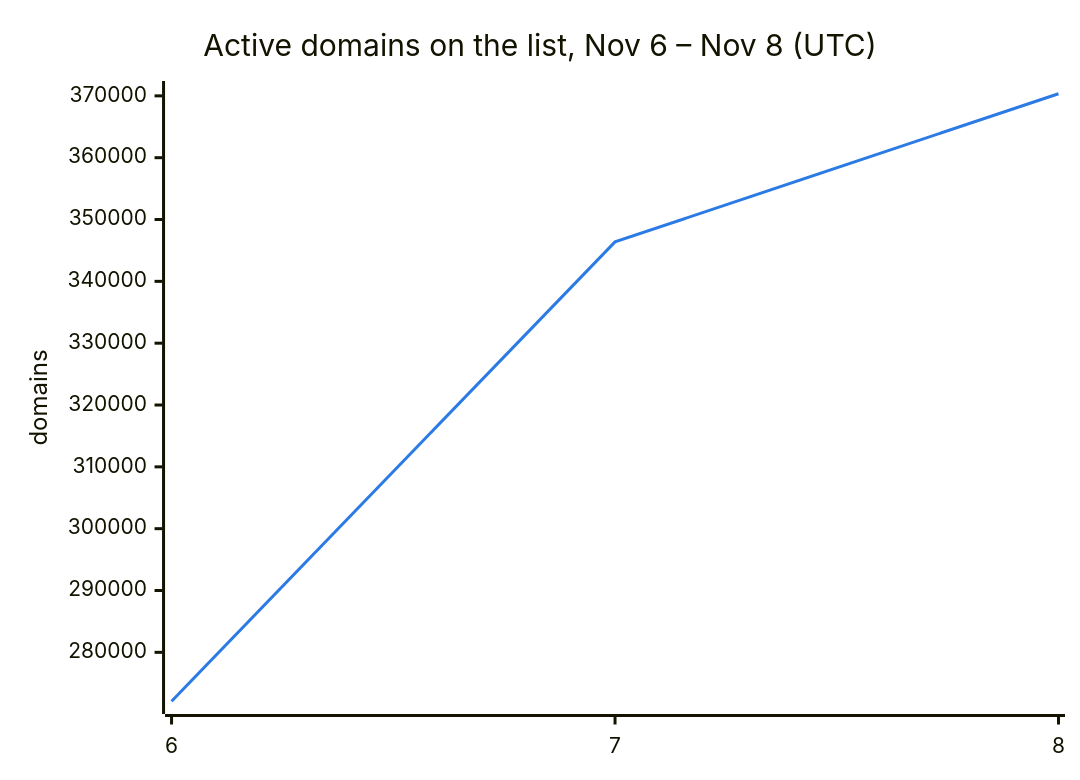
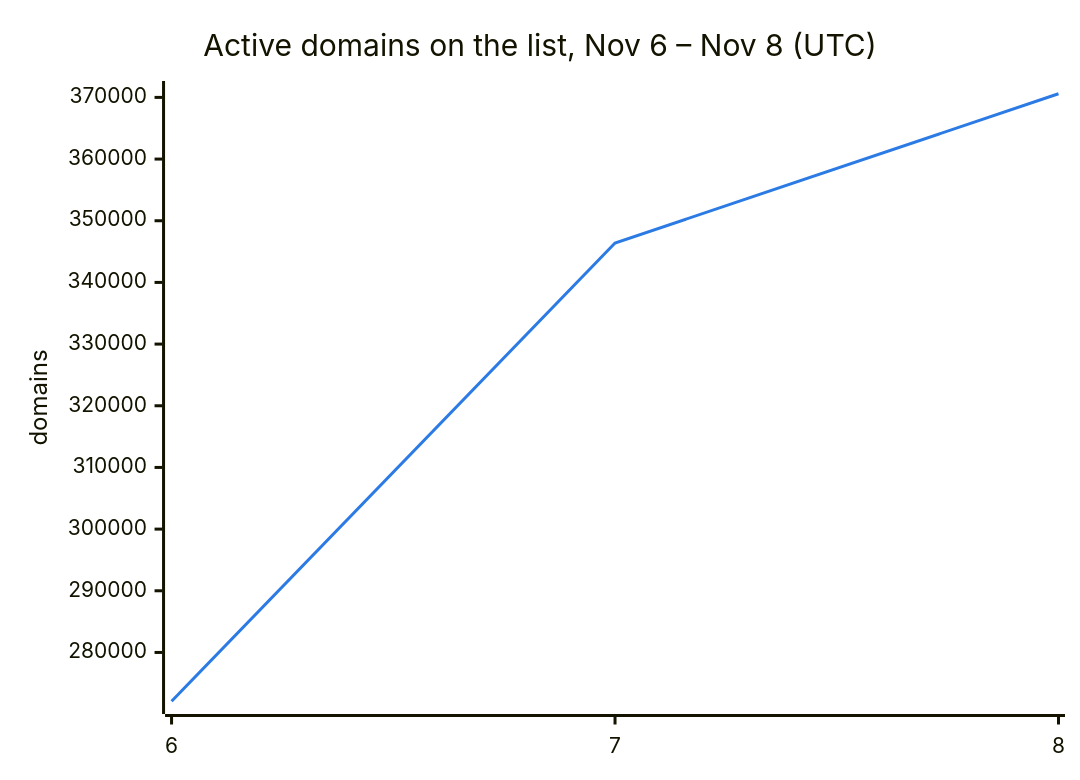
The second of 3 diagrams in README.md (DNSBunker/CTI), drawn with Mermaid before and after one commit. The commit also changed other lines of this file and 3 other files, not shown here.

````diff
--- a/README.md
+++ b/README.md
@@ -38,8 +38,8 @@
 ```mermaid
 %%{init: {"themeVariables": {"xyChart": {"plotColorPalette": "#2c7be5"}}}}%%
 xychart-beta
     title "Active domains on the list, Nov 6 – Nov 8 (UTC)"
     x-axis ["6", "7", "8"]
     y-axis "domains"
-    line [272088, 346388, 370342]
+    line [272088, 346388, 370592]
 ```
````
